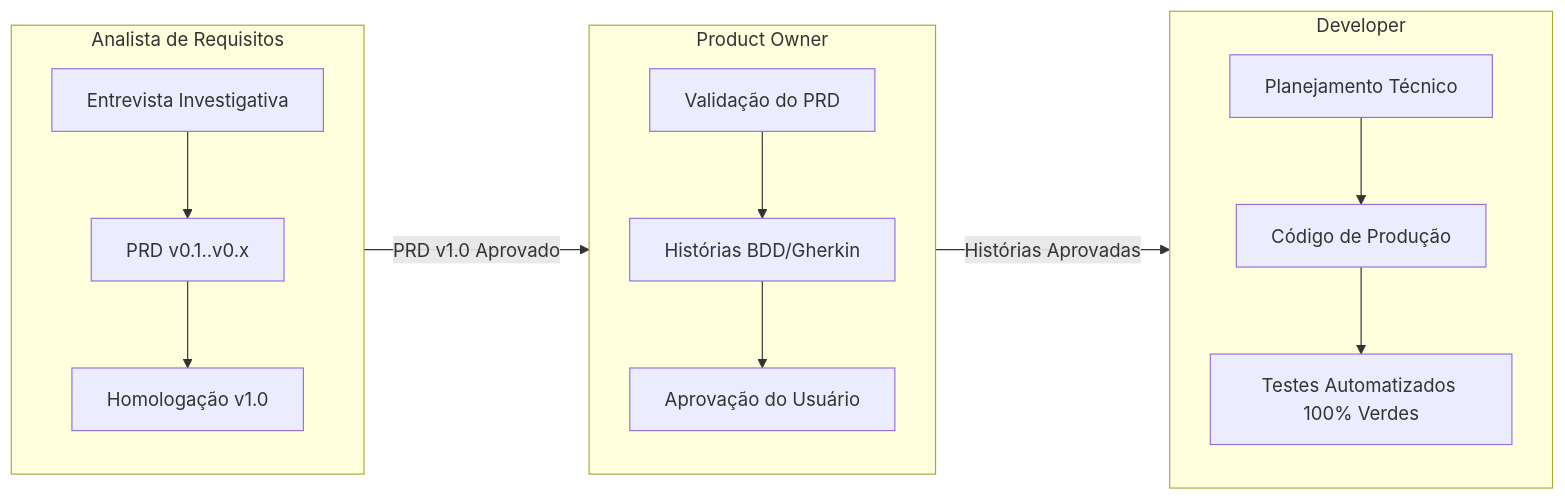
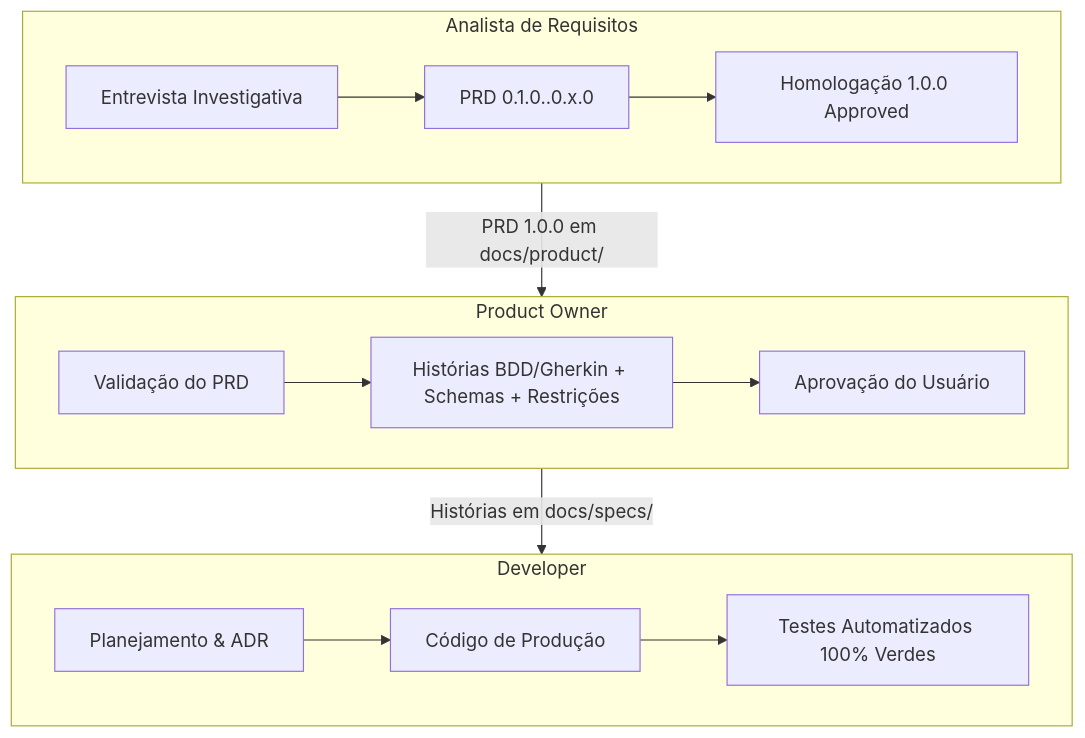
The diagram in README.md (renatorlemos-gif/DevTeam), drawn with Mermaid before and after one commit. The commit also changed other lines of this file and 15 other files, not shown here.

````diff
--- a/README.md
+++ b/README.md
@@ -7,20 +7,20 @@
 ```mermaid
-graph LR
+graph TD
     subgraph AR [Analista de Requisitos]
-        A1[Entrevista Investigativa] --> A2[PRD v0.1..v0.x]
-        A2 --> A3[Homologação v1.0]
+        A1[Entrevista Investigativa] --> A2[PRD 0.1.0..0.x.0]
+        A2 --> A3[Homologação 1.0.0 Approved]
     end
 
     subgraph PO [Product Owner]
-        B1[Validação do PRD] --> B2[Histórias BDD/Gherkin]
+        B1[Validação do PRD] --> B2[Histórias BDD/Gherkin + Schemas + Restrições]
         B2 --> B3[Aprovação do Usuário]
     end
 
     subgraph DEV [Developer]
-        C1[Planejamento Técnico] --> C2[Código de Produção]
+        C1[Planejamento & ADR] --> C2[Código de Produção]
         C2 --> C3[Testes Automatizados 100% Verdes]
     end
 
-    AR -->|PRD v1.0 Aprovado| PO
-    PO -->|Histórias Aprovadas| DEV
+    AR -->|PRD 1.0.0 em docs/product/| PO
+    PO -->|Histórias em docs/specs/| DEV
 ```
````
